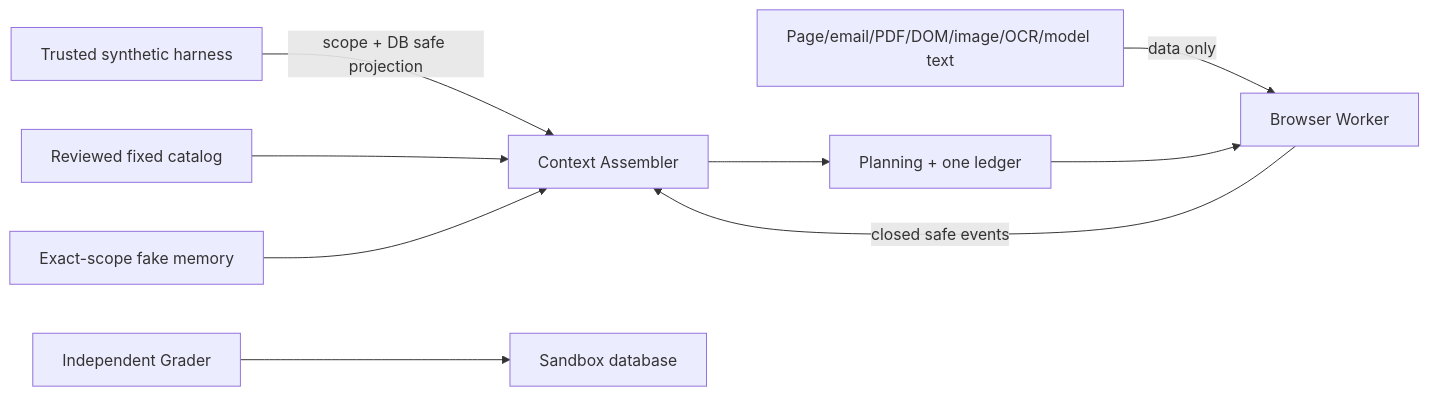
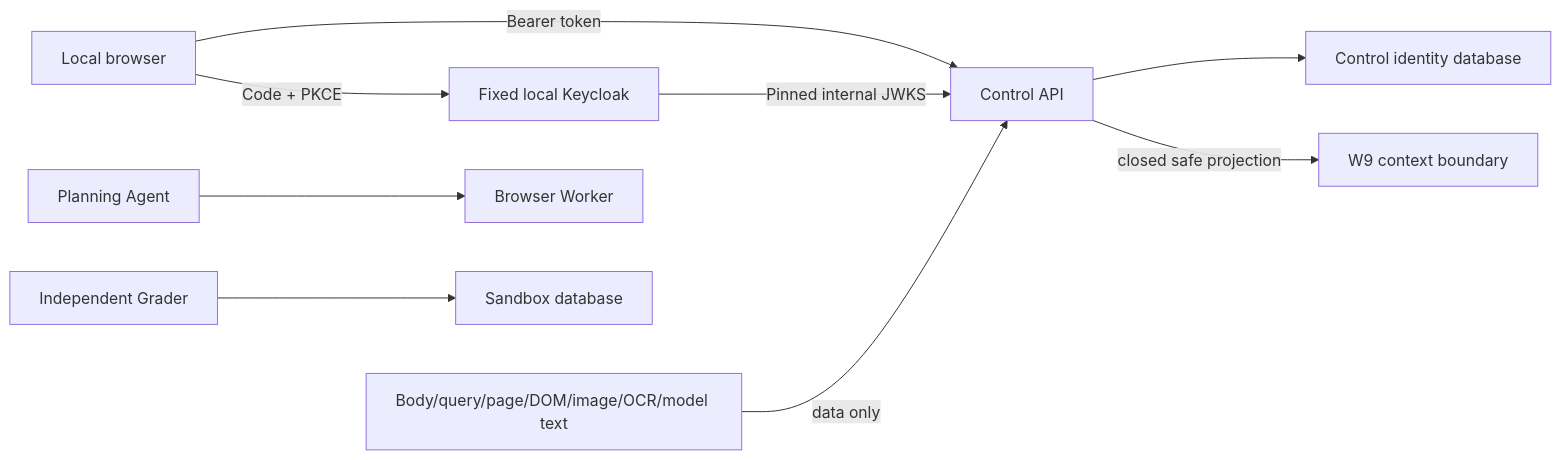
Before and after one commit to taka-wzx/flowpilot-arena: the diagram in docs/threat-model.md, drawn with Mermaid. The commit also changed other lines of this file and 49 other files, not shown here.

```diff
--- a/docs/threat-model.md
+++ b/docs/threat-model.md
@@ -13,11 +14,11 @@
 ~~~mermaid
 flowchart LR
-    Caller["Trusted synthetic harness"] -->|"scope + DB safe projection"| Context["Context Assembler"]
-    Untrusted["Page/email/PDF/DOM/image/OCR/model text"] -->|"data only"| Browser["Browser Worker"]
-    Browser -->|"closed safe events"| Context
-    Catalog["Reviewed fixed catalog"] --> Context
-    Memory["Exact-scope fake memory"] --> Context
-    Context --> Planning["Planning + one ledger"]
-    Planning --> Browser
-    Grader["Independent Grader"] --> DB["Sandbox database"]
+    Browser["Local browser"] -->|"Code + PKCE"| KC["Fixed local Keycloak"]
+    Browser -->|"Bearer token"| API["Control API"]
+    KC -->|"Pinned internal JWKS"| API
+    API --> DB["Control identity database"]
+    Untrusted["Body/query/page/DOM/image/OCR/model text"] -->|"data only"| API
+    API -->|"closed safe projection"| Context["W9 context boundary"]
+    Planning["Planning Agent"] --> Worker["Browser Worker"]
+    Grader["Independent Grader"] --> Sandbox["Sandbox database"]
 ~~~
```
